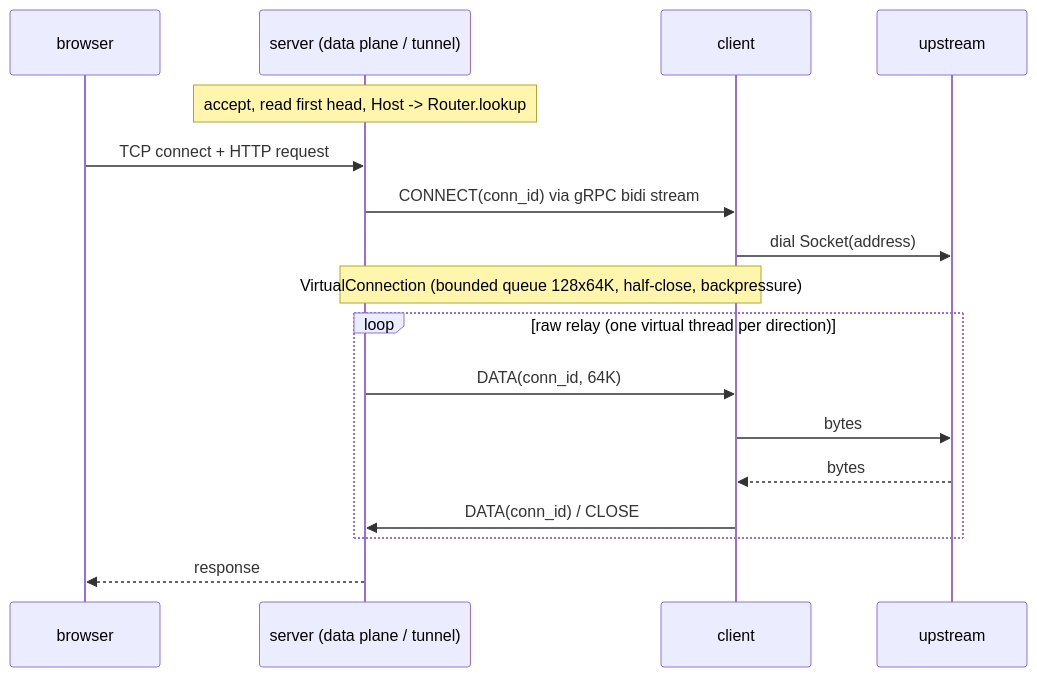
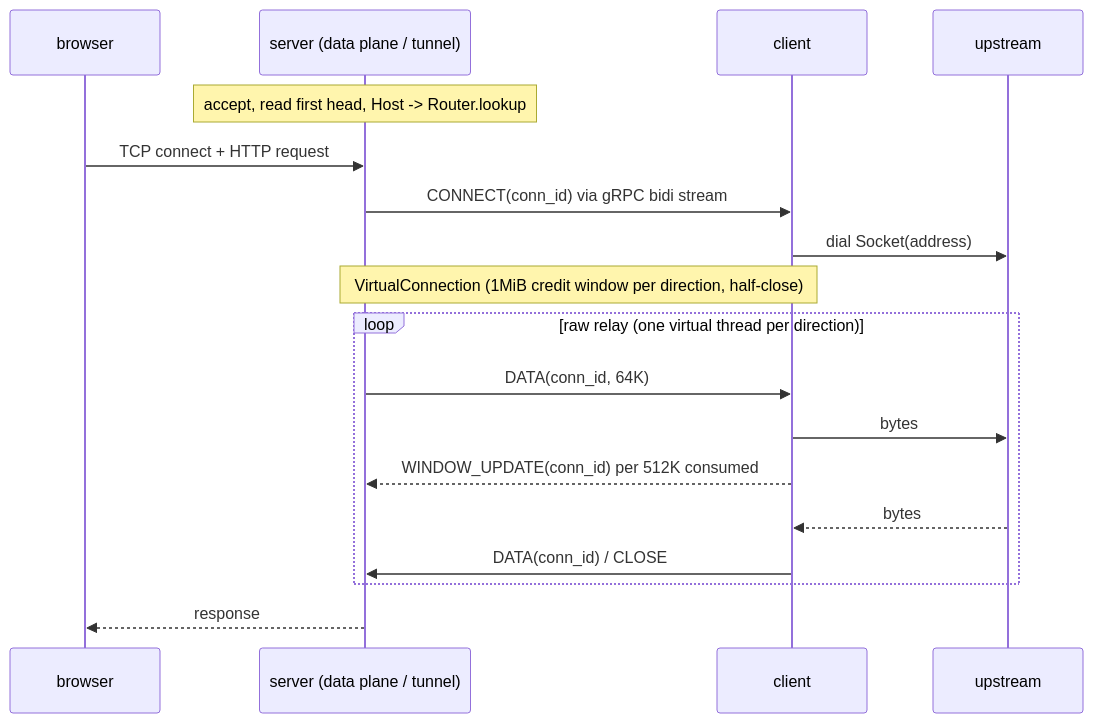
Before and after one commit to making/sluice: the second of 3 diagrams in README.md, drawn with Mermaid. The commit also changed other lines of this file and 23 other files, not shown here.

````diff
--- a/README.md
+++ b/README.md
@@ -40,20 +40,21 @@
 ```mermaid
 sequenceDiagram
     participant B as browser
     participant S as server (data plane / tunnel)
     participant C as client
     participant U as upstream
 
     Note over S: accept, read first head, Host -> Router.lookup
     B ->> S: TCP connect + HTTP request
     S ->> C: CONNECT(conn_id) via gRPC bidi stream
     C ->> U: dial Socket(address)
-    Note over S,C: VirtualConnection (bounded queue 128x64K, half-close, backpressure)
+    Note over S,C: VirtualConnection (1MiB credit window per direction, half-close)
     loop raw relay (one virtual thread per direction)
         S ->> C: DATA(conn_id, 64K)
         C ->> U: bytes
+        C -->> S: WINDOW_UPDATE(conn_id) per 512K consumed
         U -->> C: bytes
         C ->> S: DATA(conn_id) / CLOSE
     end
     S -->> B: response
 ```
````
